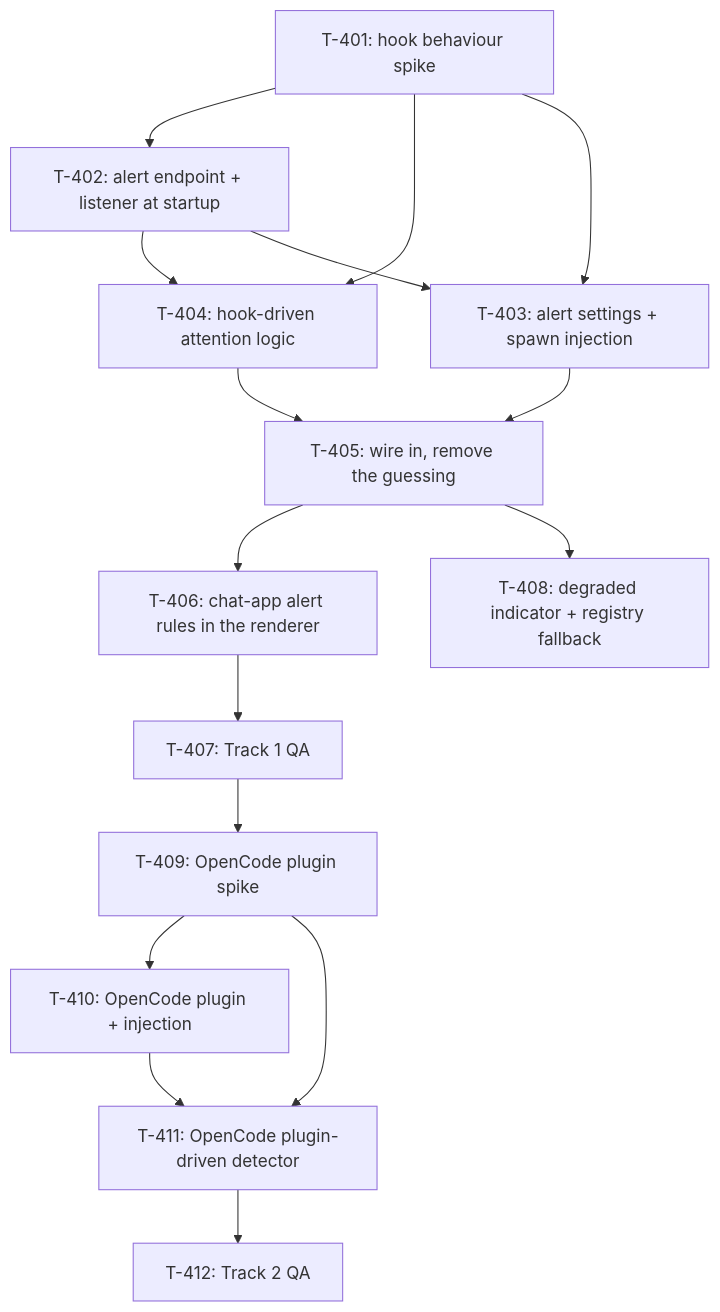
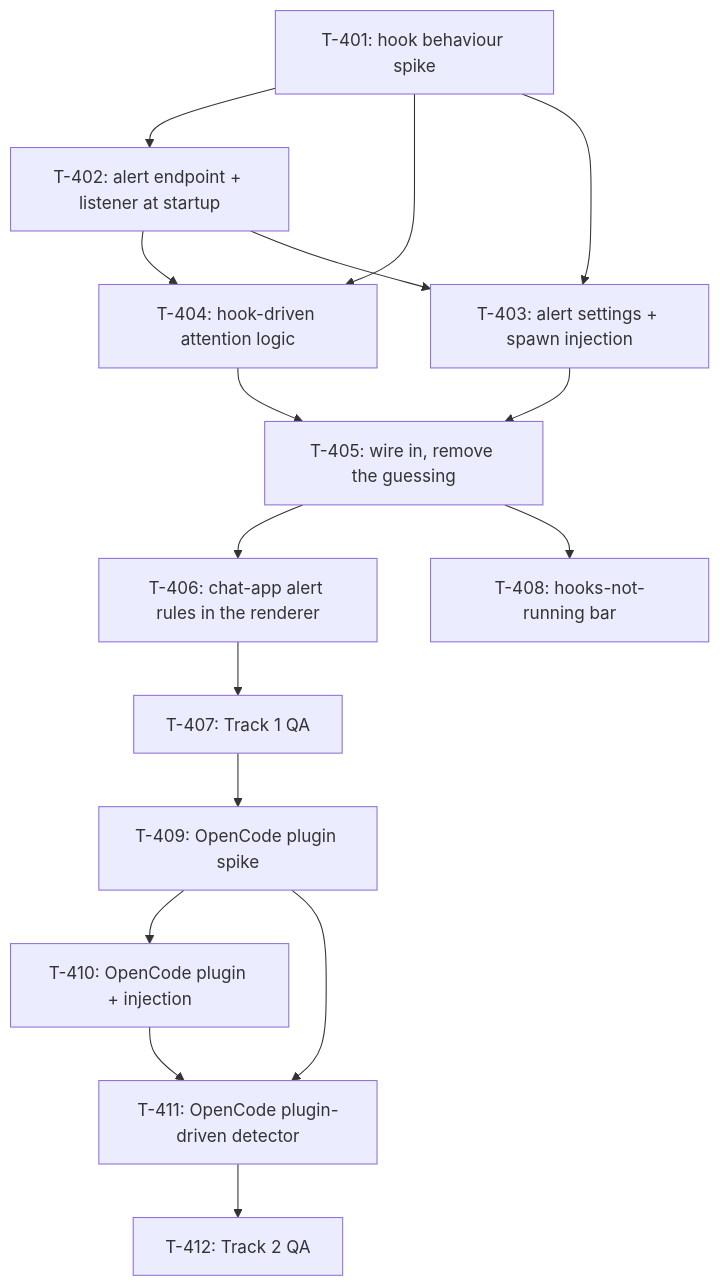
Before and after one commit to Jasenpan1987/multi-code: the diagram in docs/specs/attention-alerts/kanban.md, drawn with Mermaid. The commit also changed other lines of this file and 3 other files, not shown here.

````diff
--- a/docs/specs/attention-alerts/kanban.md
+++ b/docs/specs/attention-alerts/kanban.md
@@ -16,18 +16,18 @@
 ```mermaid
 graph TD
     T401[T-401: hook behaviour spike] --> T402[T-402: alert endpoint + listener at startup]
     T401 --> T404[T-404: hook-driven attention logic]
     T402 --> T404
     T402 --> T403[T-403: alert settings + spawn injection]
     T401 --> T403
     T403 --> T405[T-405: wire in, remove the guessing]
     T404 --> T405
     T405 --> T406[T-406: chat-app alert rules in the renderer]
     T406 --> T407[T-407: Track 1 QA]
-    T405 --> T408[T-408: degraded indicator + registry fallback]
+    T405 --> T408[T-408: hooks-not-running bar]
     T407 --> T409[T-409: OpenCode plugin spike]
     T409 --> T410[T-410: OpenCode plugin + injection]
     T409 --> T411[T-411: OpenCode plugin-driven detector]
     T410 --> T411
     T411 --> T412[T-412: Track 2 QA]
 ```
````
